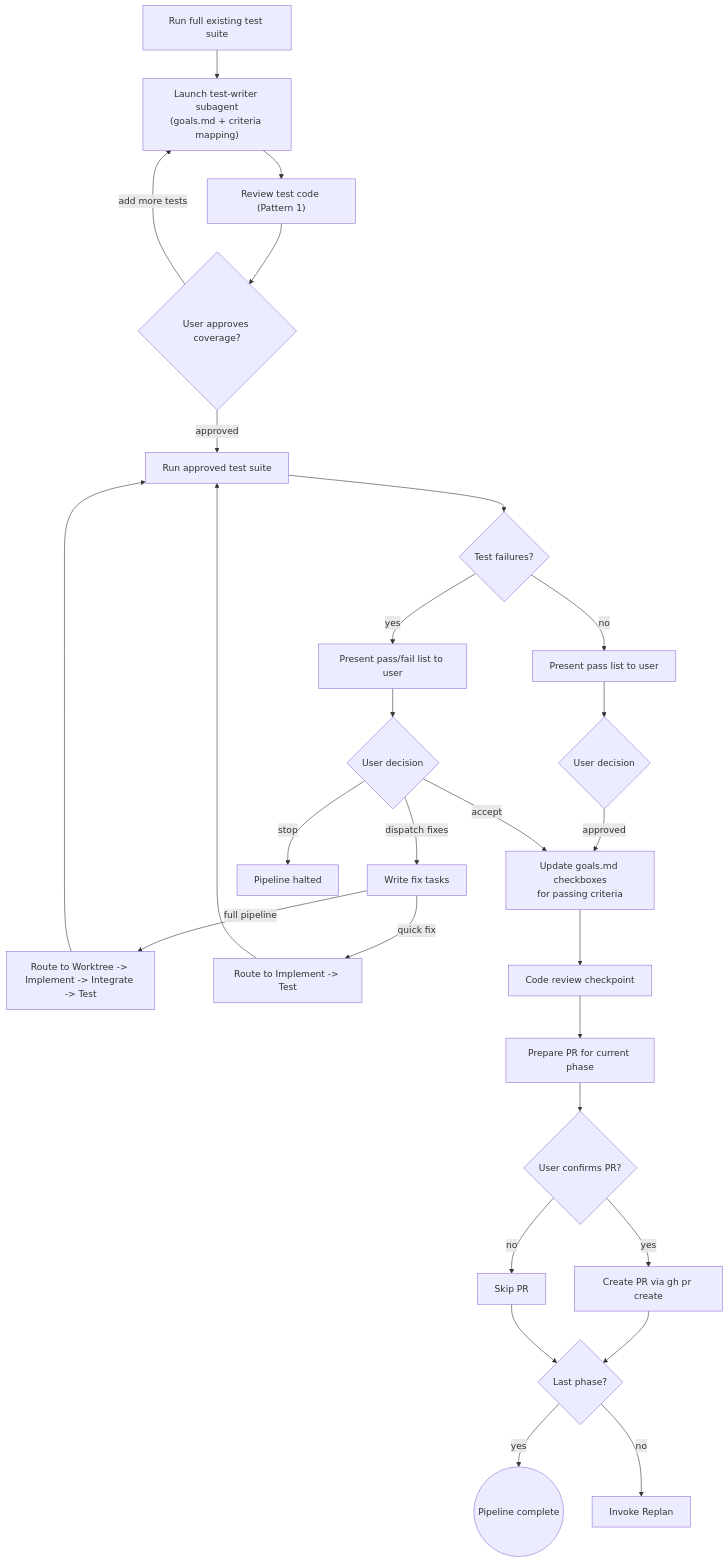
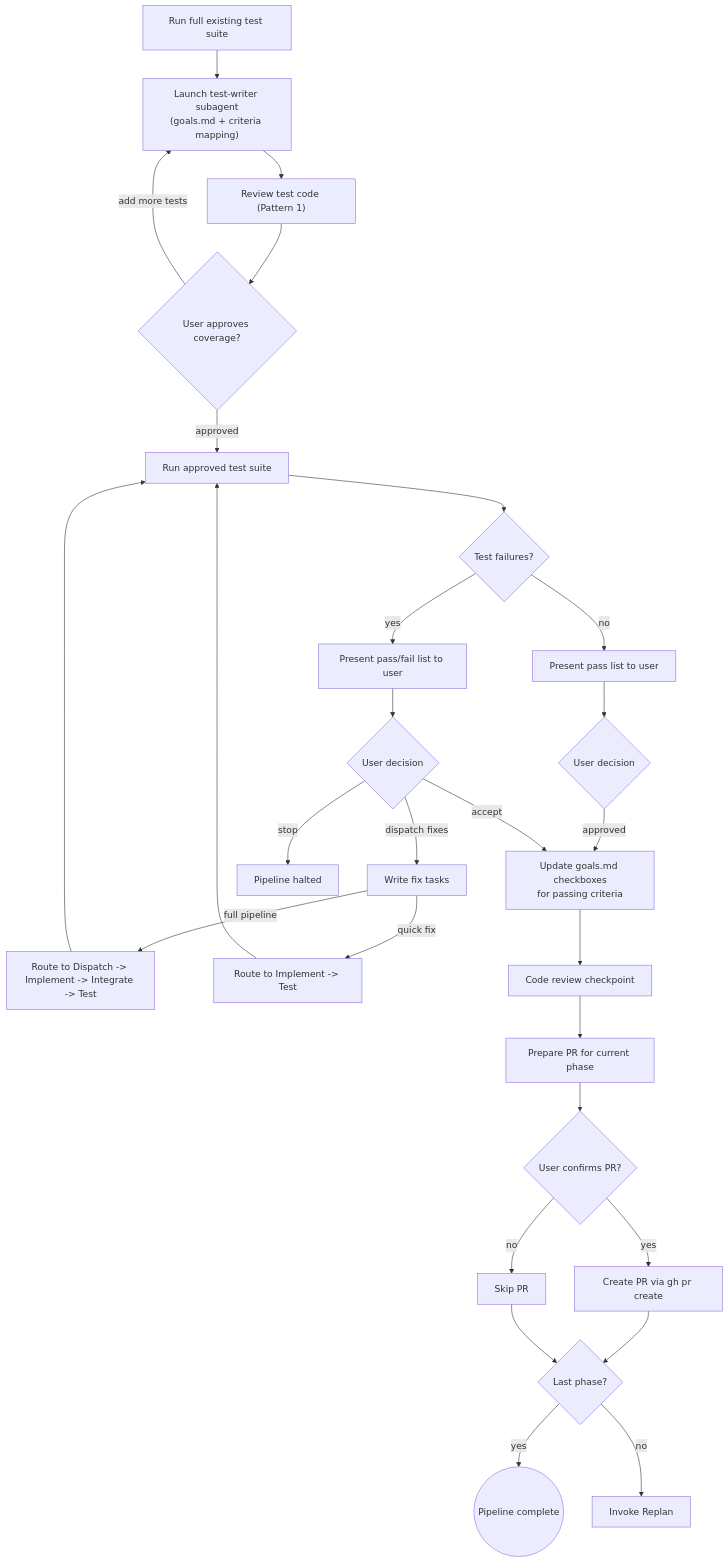
Diagram 13 of 20 in README.md (dfrysinger/qrspi-plus), drawn with Mermaid before and after one commit. The commit also changed other lines of this file and 6 other files, not shown here.

First line of the commit message:
feat(qrspi): split Worktree into Parallelize + Dispatch

````diff
--- a/README.md
+++ b/README.md
@@ -323,30 +343,30 @@
 ```mermaid
 flowchart TD
     A[Run full existing test suite] --> B["Launch test-writer subagent<br>(goals.md + criteria mapping)"]
     B --> C["Review test code (Pattern 1)"]
     C --> CV{User approves coverage?}
     CV -->|add more tests| B
     CV -->|approved| D[Run approved test suite]
     D --> E{Test failures?}
     E -->|no| G[Present pass list to user]
     E -->|yes| F[Present pass/fail list to user]
     F --> H{User decision}
     G --> G2{User decision}
     G2 -->|approved| CK
     H -->|dispatch fixes| K[Write fix tasks]
     H -->|accept| CK
     H -->|stop| L[Pipeline halted]
-    K -->|full pipeline| M[Route to Worktree -> Implement -> Integrate -> Test]
+    K -->|full pipeline| M[Route to Dispatch -> Implement -> Integrate -> Test]
     K -->|quick fix| NN[Route to Implement -> Test]
     M --> D
     NN --> D
     CK["Update goals.md checkboxes<br>for passing criteria"] --> CR[Code review checkpoint]
     CR --> Q[Prepare PR for current phase]
     Q --> R{User confirms PR?}
     R -->|yes| S[Create PR via gh pr create]
     R -->|no| S2[Skip PR]
     S --> T{Last phase?}
     S2 --> T
     T -->|yes| U((Pipeline complete))
     T -->|no| V[Invoke Replan]
 ```
````
